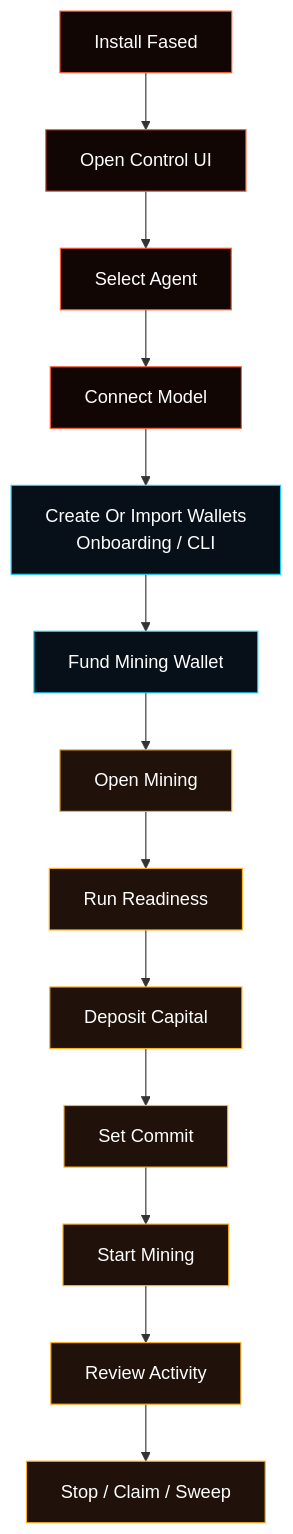
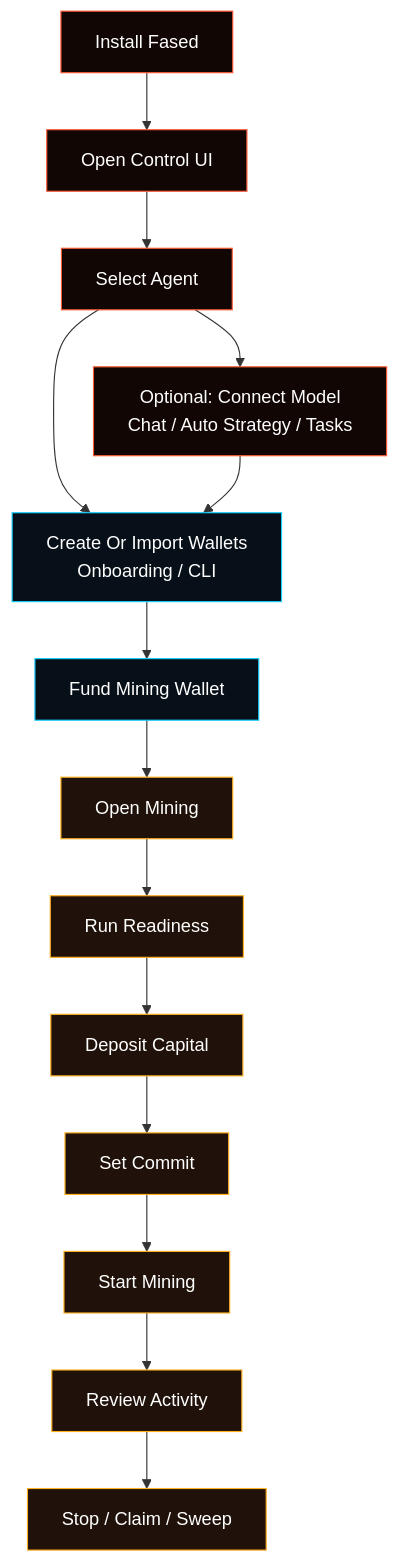
The diagram in docs/start/agent-wallet-mining-walkthrough.md (fased-ai/fased), drawn with Mermaid before and after one commit. The commit also changed other lines of this file and 10 other files, not shown here.

````diff
--- a/docs/start/agent-wallet-mining-walkthrough.md
+++ b/docs/start/agent-wallet-mining-walkthrough.md
@@ -23,22 +25,23 @@
 ```mermaid
 flowchart TD
   install["Install Fased"] --> open["Open Control UI"]
   open --> agent["Select Agent"]
-  agent --> model["Connect Model"]
-  model --> wallets["Create Or Import Wallets<br/>Onboarding / CLI"]
+  agent --> model["Optional: Connect Model<br/>Chat / Auto Strategy / Tasks"]
+  agent --> wallets["Create Or Import Wallets<br/>Onboarding / CLI"]
+  model --> wallets
   wallets --> fund["Fund Mining Wallet"]
   fund --> mining["Open Mining"]
   mining --> ready["Run Readiness"]
   ready --> capital["Deposit Capital"]
   capital --> commit["Set Commit"]
   commit --> start["Start Mining"]
   start --> activity["Review Activity"]
   activity --> stop["Stop / Claim / Sweep"]
 
   classDef setup fill:#120605,stroke:#ff5a36,color:#ffffff;
   classDef wallet fill:#071018,stroke:#12cfff,color:#ffffff;
   classDef mining fill:#20120a,stroke:#ffb020,color:#ffffff;
   class install,open,agent,model setup;
   class wallets,fund wallet;
   class mining,ready,capital,commit,start,activity,stop mining;
 ```
````
